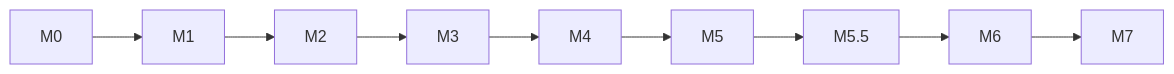
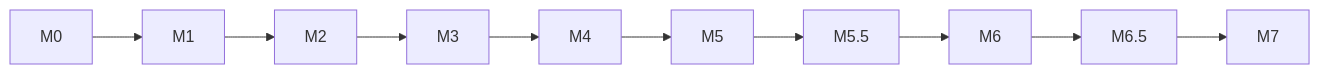
The diagram in docs/roadmap.md (IgorPacheco1/Easy-finance), drawn with Mermaid before and after one commit. The commit also changed other lines of this file and 3 other files, not shown here.

````diff
--- a/docs/roadmap.md
+++ b/docs/roadmap.md
@@ -233,4 +270,4 @@
 ```mermaid
 flowchart LR
-    M0 --> M1 --> M2 --> M3 --> M4 --> M5 --> M55["M5.5"] --> M6 --> M7
+    M0 --> M1 --> M2 --> M3 --> M4 --> M5 --> M55["M5.5"] --> M6 --> M65["M6.5"] --> M7
 ```
````
